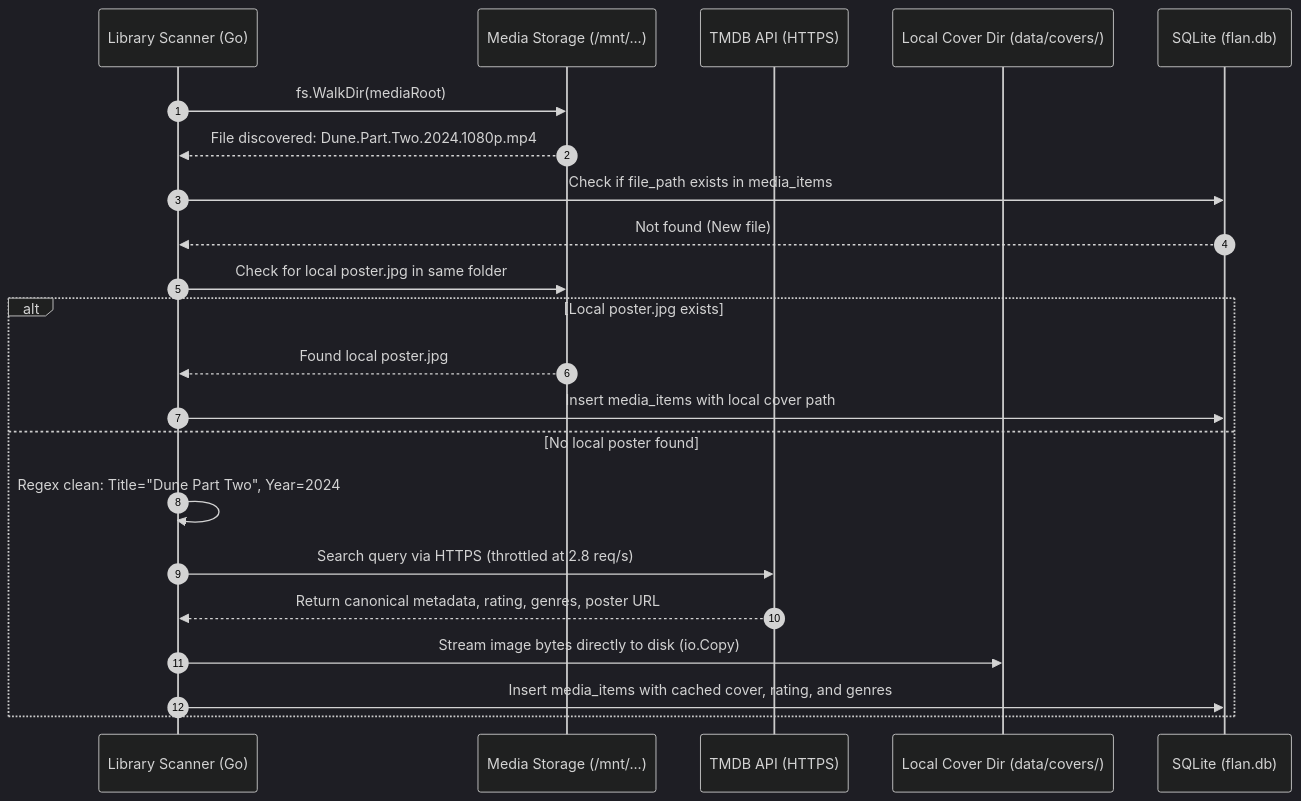
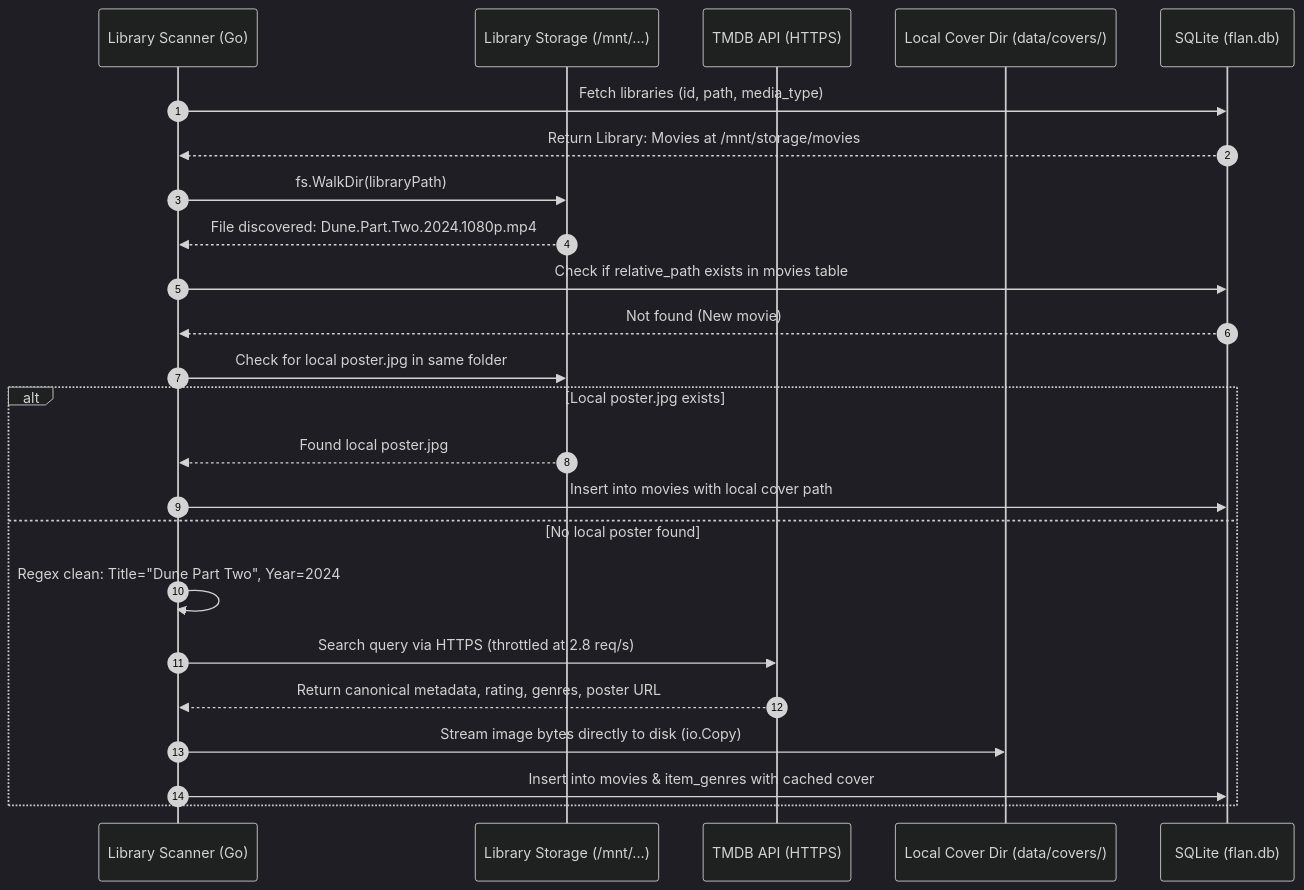
Before and after one commit to WesleyEsq/Flan-Media-Server: the fourth of 6 diagrams in docs/diagrams/data-flow.md, drawn with Mermaid (dark theme). The commit also changed other lines of this file and 15 other files, not shown here.

````diff
--- a/docs/diagrams/data-flow.md
+++ b/docs/diagrams/data-flow.md
@@ -160,27 +161,30 @@
 ```mermaid
 sequenceDiagram
     autonumber
     participant Scanner as Library Scanner (Go)
-    participant Disk as Media Storage (/mnt/...)
+    participant Disk as Library Storage (/mnt/...)
     participant TMDB as TMDB API (HTTPS)
     participant Covers as Local Cover Dir (data/covers/)
     participant DB as SQLite (flan.db)
 
-    Scanner->>Disk: fs.WalkDir(mediaRoot)
+    Scanner->>DB: Fetch libraries (id, path, media_type)
+    DB-->>Scanner: Return Library: Movies at /mnt/storage/movies
+
+    Scanner->>Disk: fs.WalkDir(libraryPath)
     Disk-->>Scanner: File discovered: Dune.Part.Two.2024.1080p.mp4
 
-    Scanner->>DB: Check if file_path exists in media_items
-    DB-->>Scanner: Not found (New file)
+    Scanner->>DB: Check if relative_path exists in movies table
+    DB-->>Scanner: Not found (New movie)
 
     Scanner->>Disk: Check for local poster.jpg in same folder
     alt Local poster.jpg exists
         Disk-->>Scanner: Found local poster.jpg
-        Scanner->>DB: Insert media_items with local cover path
+        Scanner->>DB: Insert into movies with local cover path
     else No local poster found
         Scanner->>Scanner: Regex clean: Title="Dune Part Two", Year=2024
         Scanner->>TMDB: Search query via HTTPS (throttled at 2.8 req/s)
         TMDB-->>Scanner: Return canonical metadata, rating, genres, poster URL
         Scanner->>Covers: Stream image bytes directly to disk (io.Copy)
-        Scanner->>DB: Insert media_items with cached cover, rating, and genres
+        Scanner->>DB: Insert into movies & item_genres with cached cover
     end
 ```
````
